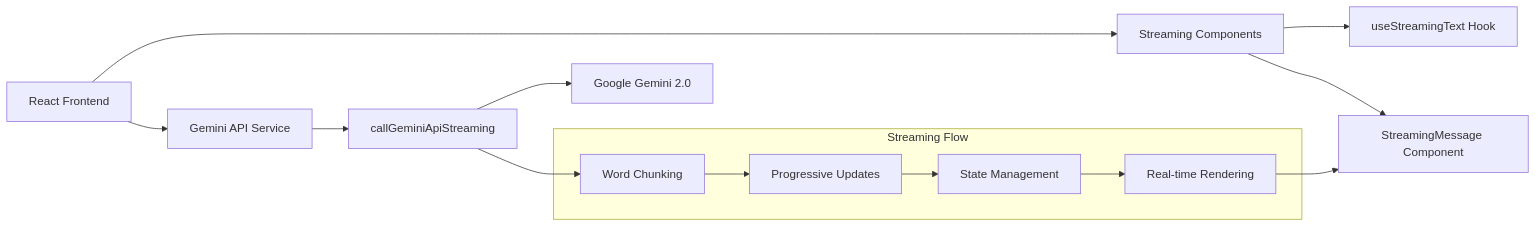
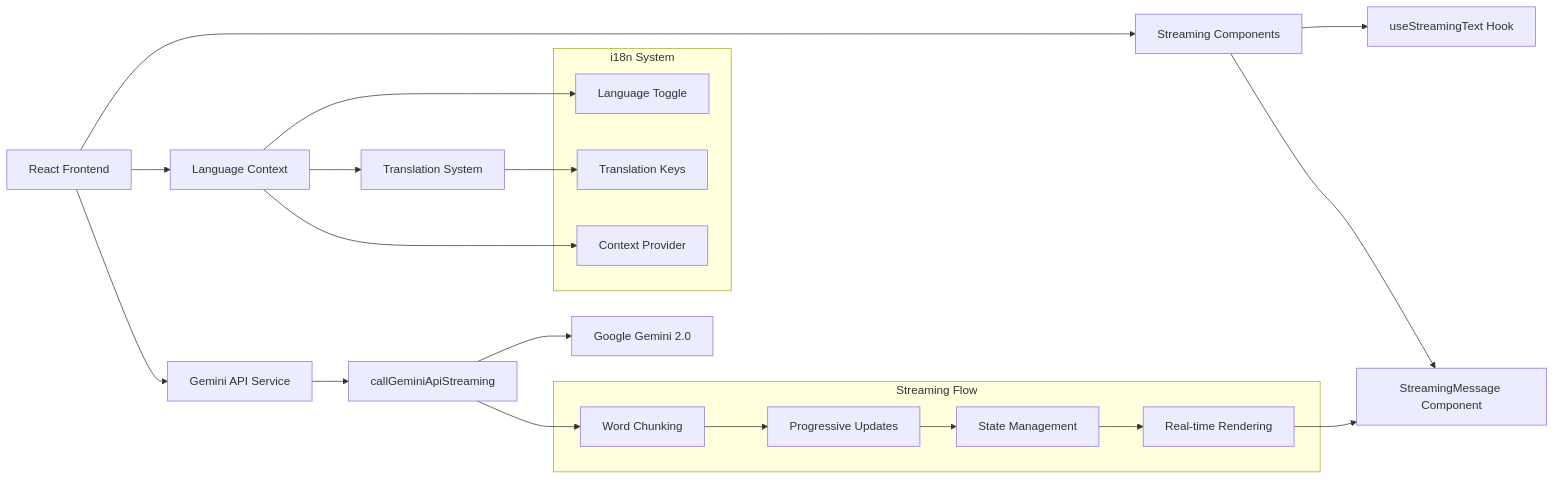
The third of 3 diagrams in README.md (YoussoufHard/Dual_AI_Advisor), drawn with Mermaid before and after one commit. The commit also changed other lines of this file and 6 other files, not shown here.

````diff
--- a/README.md
+++ b/README.md
@@ -109,22 +179,33 @@
 ```mermaid
 graph LR
-    A[React Frontend] --> B[Streaming Components]
-    B --> C[useStreamingText Hook]
-    B --> D[StreamingMessage Component]
-    A --> E[Gemini API Service]
-    E --> F[callGeminiApiStreaming]
-    F --> G[Google Gemini 2.0]
+    A[React Frontend] --> B[Language Context]
+    B --> C[Translation System]
+    A --> D[Streaming Components]
+    D --> E[useStreamingText Hook]
+    D --> F[StreamingMessage Component]
+    A --> G[Gemini API Service]
+    G --> H[callGeminiApiStreaming]
+    H --> I[Google Gemini 2.0]
+    
+    subgraph "i18n System"
+        J[Language Toggle]
+        K[Translation Keys]
+        L[Context Provider]
+    end
     
     subgraph "Streaming Flow"
-        H[Word Chunking]
-        I[Progressive Updates]
-        J[State Management]
-        K[Real-time Rendering]
+        M[Word Chunking]
+        N[Progressive Updates]
+        O[State Management]
+        P[Real-time Rendering]
     end
     
-    F --> H
-    H --> I
-    I --> J
-    J --> K
-    K --> D
+    B --> J
+    C --> K
+    B --> L
+    H --> M
+    M --> N
+    N --> O
+    O --> P
+    P --> F
 ```
````
